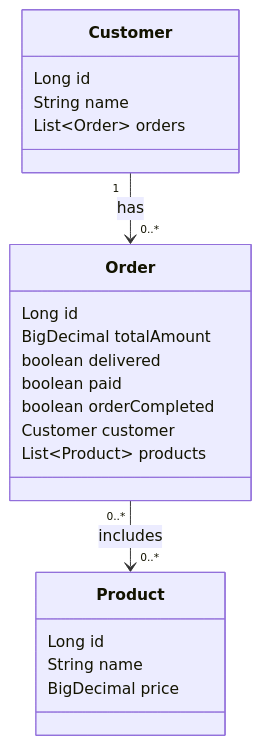
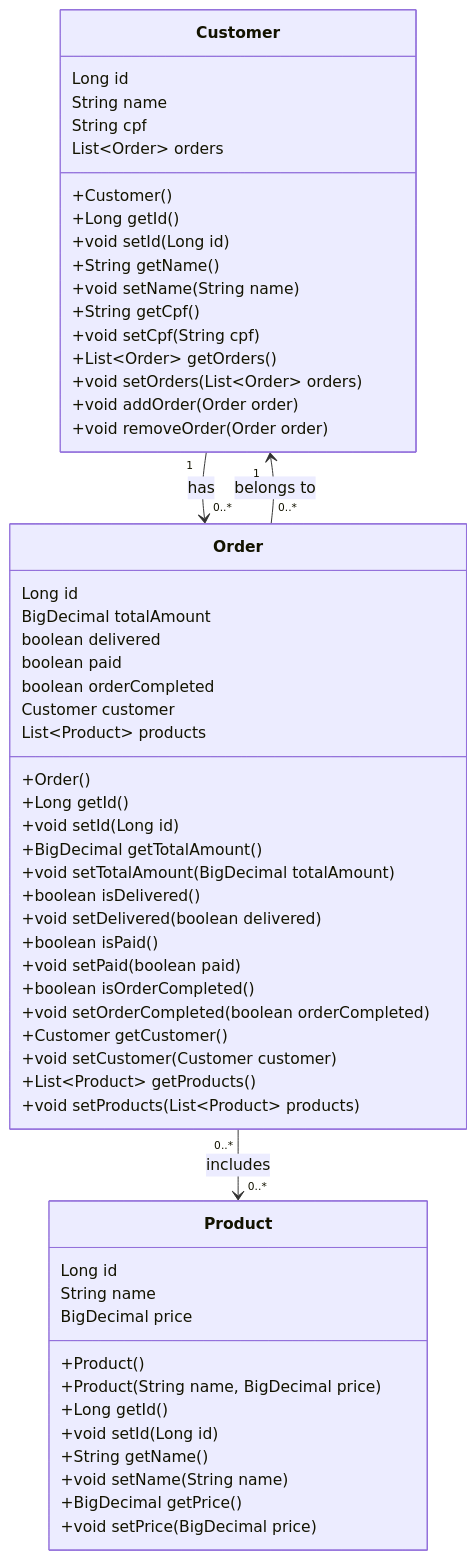
The diagram in README.md (Werricsson-Santos/RESTful-API-WRN-Burguers), drawn with Mermaid before and after one commit.

Commit message:
Update diagram class

````diff
--- a/README.md
+++ b/README.md
@@ -5,27 +5,63 @@
 ```mermaid
 classDiagram
     class Customer {
         Long id
         String name
+        String cpf
         List~Order~ orders
+        +Customer()
+        +Long getId()
+        +void setId(Long id)
+        +String getName()
+        +void setName(String name)
+        +String getCpf()
+        +void setCpf(String cpf)
+        +List~Order~ getOrders()
+        +void setOrders(List~Order~ orders)
+        +void addOrder(Order order)
+        +void removeOrder(Order order)
     }
-    
+
     class Order {
         Long id
         BigDecimal totalAmount
         boolean delivered
         boolean paid
         boolean orderCompleted
         Customer customer
         List~Product~ products
+        +Order()
+        +Long getId()
+        +void setId(Long id)
+        +BigDecimal getTotalAmount()
+        +void setTotalAmount(BigDecimal totalAmount)
+        +boolean isDelivered()
+        +void setDelivered(boolean delivered)
+        +boolean isPaid()
+        +void setPaid(boolean paid)
+        +boolean isOrderCompleted()
+        +void setOrderCompleted(boolean orderCompleted)
+        +Customer getCustomer()
+        +void setCustomer(Customer customer)
+        +List~Product~ getProducts()
+        +void setProducts(List~Product~ products)
     }
-    
+
     class Product {
         Long id
         String name
         BigDecimal price
+        +Product()
+        +Product(String name, BigDecimal price)
+        +Long getId()
+        +void setId(Long id)
+        +String getName()
+        +void setName(String name)
+        +BigDecimal getPrice()
+        +void setPrice(BigDecimal price)
     }
 
     Customer "1" --> "0..*" Order : has
+    Order "0..*" --> "1" Customer : belongs to
     Order "0..*" --> "0..*" Product : includes
 ```
````
